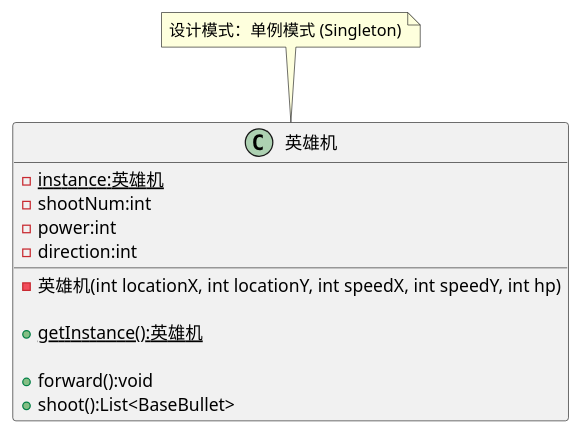
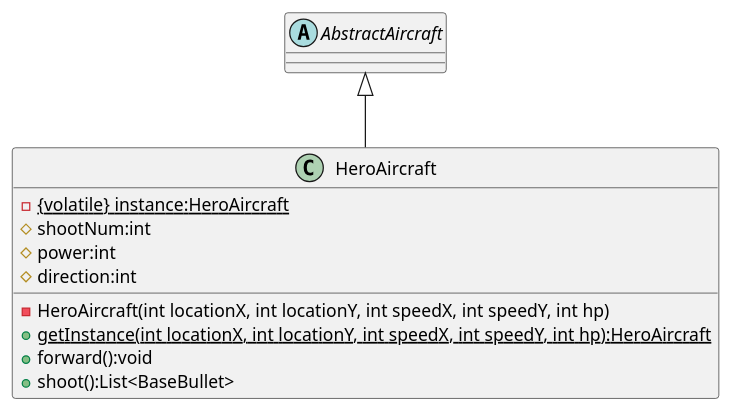
Before and after one commit to 520ououo/My-CS-learning-Process: the diagram in Coursework/software_engineering/AircraftWar-base1.0/uml/HeroAircraft.puml, drawn with PlantUML. The commit also changed 5 other files, not shown here.

Commit message:
planegame:get prepared for uml

```diff
--- a/Coursework/software_engineering/AircraftWar-base1.0/uml/HeroAircraft.puml
+++ b/Coursework/software_engineering/AircraftWar-base1.0/uml/HeroAircraft.puml
@@ -1,24 +1,20 @@
 @startuml
 'https://plantuml.com/class-diagram
 
-class 英雄机 {
-    ' 1. 私有静态变量：存储唯一实例
-    - {static} instance:英雄机
-    - shootNum:int
-    - power:int
-    - direction:int
+abstract class AbstractAircraft
 
-    ' 2. 私有构造函数：防止外部 new 实例
-    - 英雄机(int locationX, int locationY, int speedX, int speedY, int hp)
-
-    ' 3. 静态公有方法：返回唯一实例
-    + {static} getInstance():英雄机
-
+class HeroAircraft
+{
+    - {static} {volatile} instance:HeroAircraft
+    # shootNum:int
+    # power:int
+    # direction:int
+    - HeroAircraft(int locationX, int locationY, int speedX, int speedY, int hp)
+    + {static} getInstance(int locationX, int locationY, int speedX, int speedY, int hp):HeroAircraft
     + forward():void
     + shoot():List<BaseBullet>
 }
 
-
-note top of 英雄机 : 设计模式：单例模式 (Singleton)
+AbstractAircraft <|-- HeroAircraft
 
 @enduml
```
